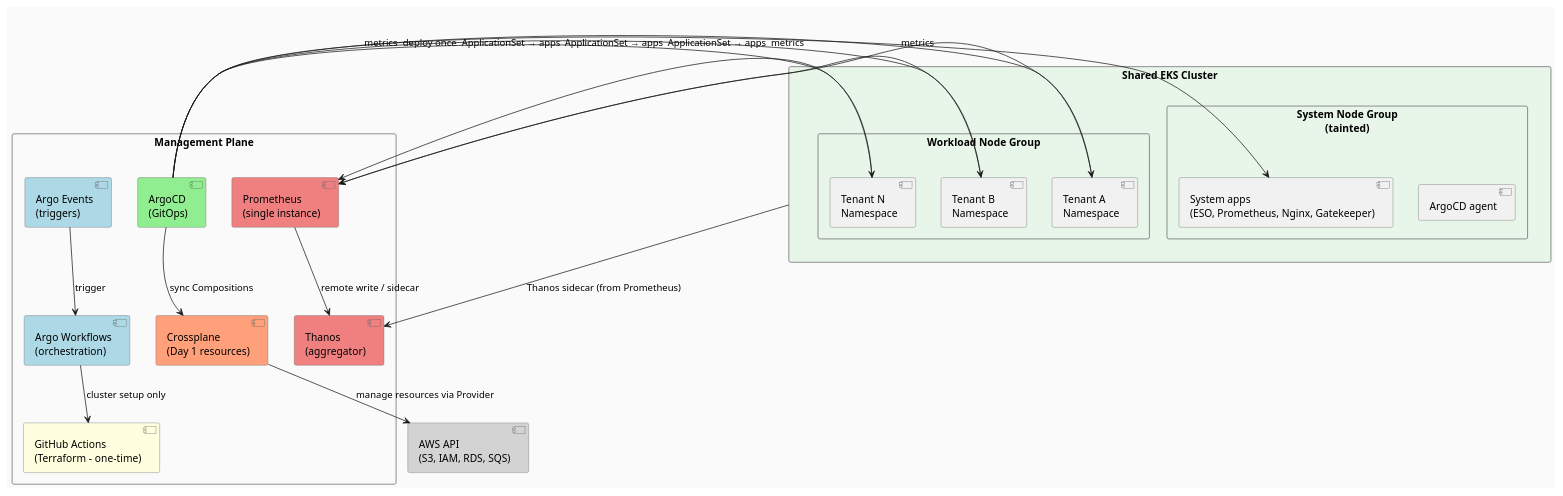
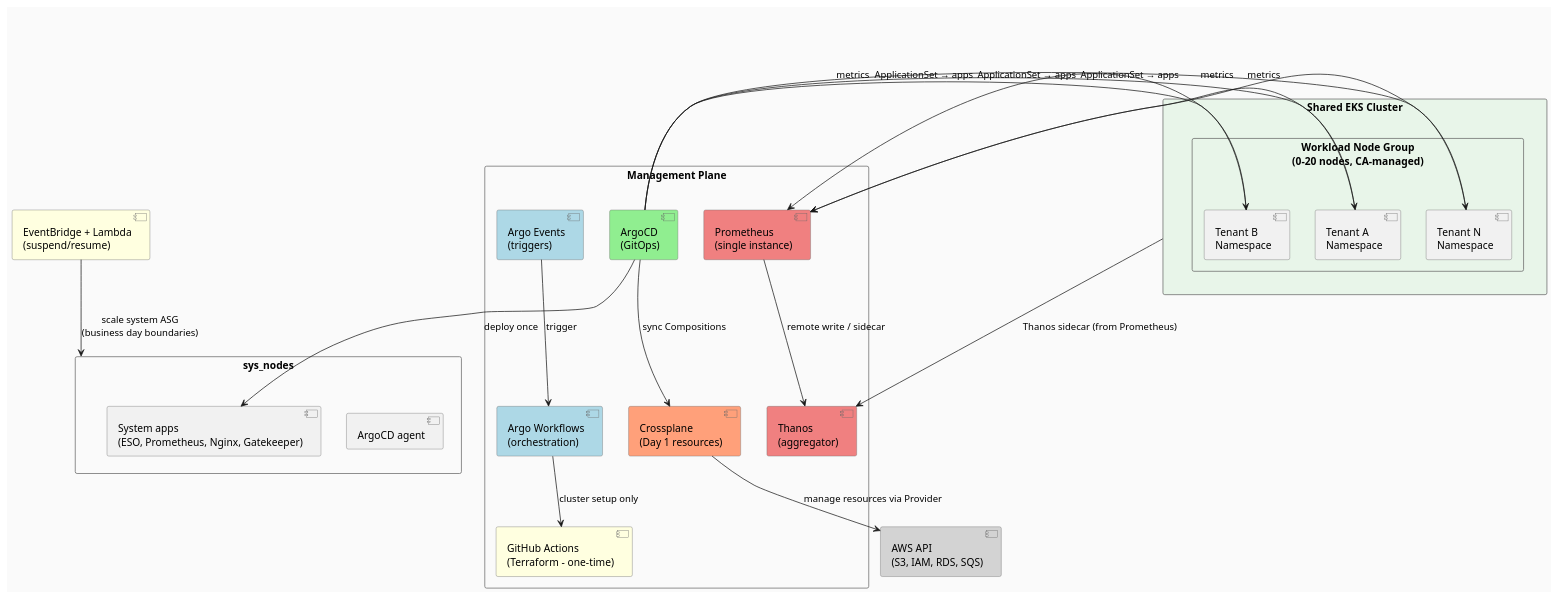
Before and after one commit to zbitmanis/k8s-on-demand: the first of 2 diagrams in docs/architecture.md, drawn with PlantUML. The commit also changed other lines of this file and 2 other files, not shown here.

First line of the commit message:
docs: document node scaling split, CA deployment, and IAM bootstrap decisions

````diff
--- a/docs/architecture.md
+++ b/docs/architecture.md
@@ -47,50 +49,53 @@
 ```plantuml
 @startuml
 skinparam backgroundColor #FAFAFA
 skinparam defaultFontName Arial
 skinparam rectangleBorderColor #666666
 skinparam componentBorderColor #666666
 
 rectangle "Management Plane" {
   component "Argo Events\n(triggers)" as events #LightBlue
   component "Argo Workflows\n(orchestration)" as workflows #LightBlue
   component "ArgoCD\n(GitOps)" as argocd #LightGreen
   component "Crossplane\n(Day 1 resources)" as crossplane #LightSalmon
   component "GitHub Actions\n(Terraform - one-time)" as gha #LightYellow
   component "Thanos\n(aggregator)" as thanos #LightCoral
   component "Prometheus\n(single instance)" as prom #LightCoral
 }
 
 events --> workflows : trigger
 workflows --> gha : cluster setup only
 prom --> thanos : remote write / sidecar
 argocd --> crossplane : sync Compositions
 
+component "EventBridge + Lambda\n(suspend/resume)" as lambda #LightYellow
+lambda --> sys_nodes : scale system ASG\n(business day boundaries)
+
 rectangle "Shared EKS Cluster" as cluster #E8F5E9 {
-  rectangle "System Node Group\n(tainted)" as sys_nodes {
+  rectangle "System Node Group\n(tainted, 0–3 nodes)" as sys_nodes {
     component "ArgoCD agent" as aa
     component "System apps\n(ESO, Prometheus, Nginx, Gatekeeper)" as sys_apps
   }
 
-  rectangle "Workload Node Group" as work_nodes {
+  rectangle "Workload Node Group\n(0–20 nodes, CA-managed)" as work_nodes {
     component "Tenant A\nNamespace" as ta
     component "Tenant B\nNamespace" as tb
     component "Tenant N\nNamespace" as tn
   }
 }
 
 argocd --> sys_apps : deploy once
 argocd --> ta : ApplicationSet → apps
 argocd --> tb : ApplicationSet → apps
 argocd --> tn : ApplicationSet → apps
 
 ta --> prom : metrics
 tb --> prom : metrics
 tn --> prom : metrics
 
 cluster --> thanos : Thanos sidecar (from Prometheus)
 
 component "AWS API\n(S3, IAM, RDS, SQS)" as aws_api #LightGray
 crossplane --> aws_api : manage resources via Provider
 @enduml
 ```
````
